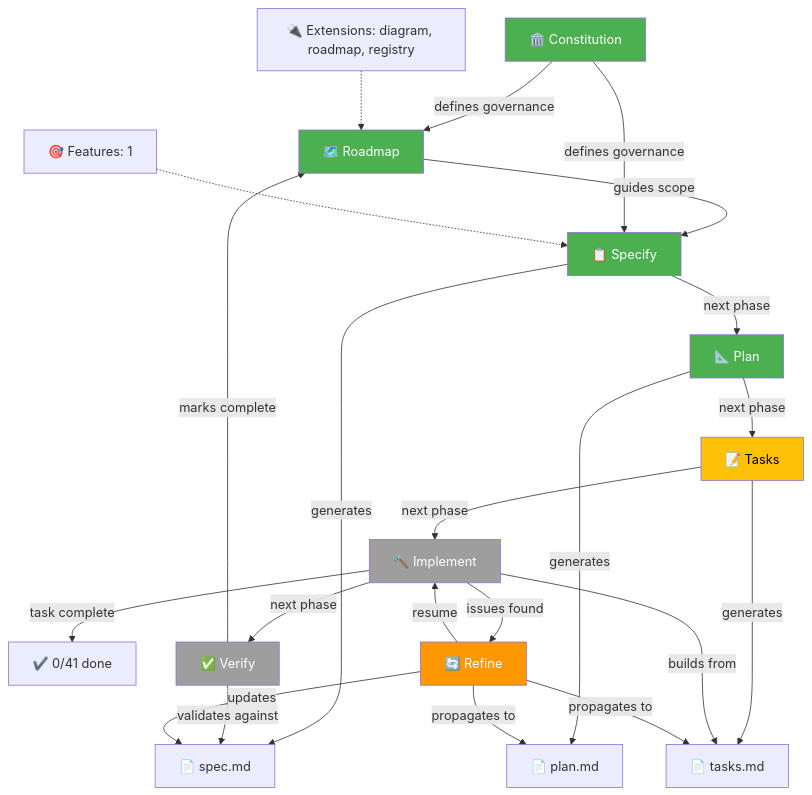
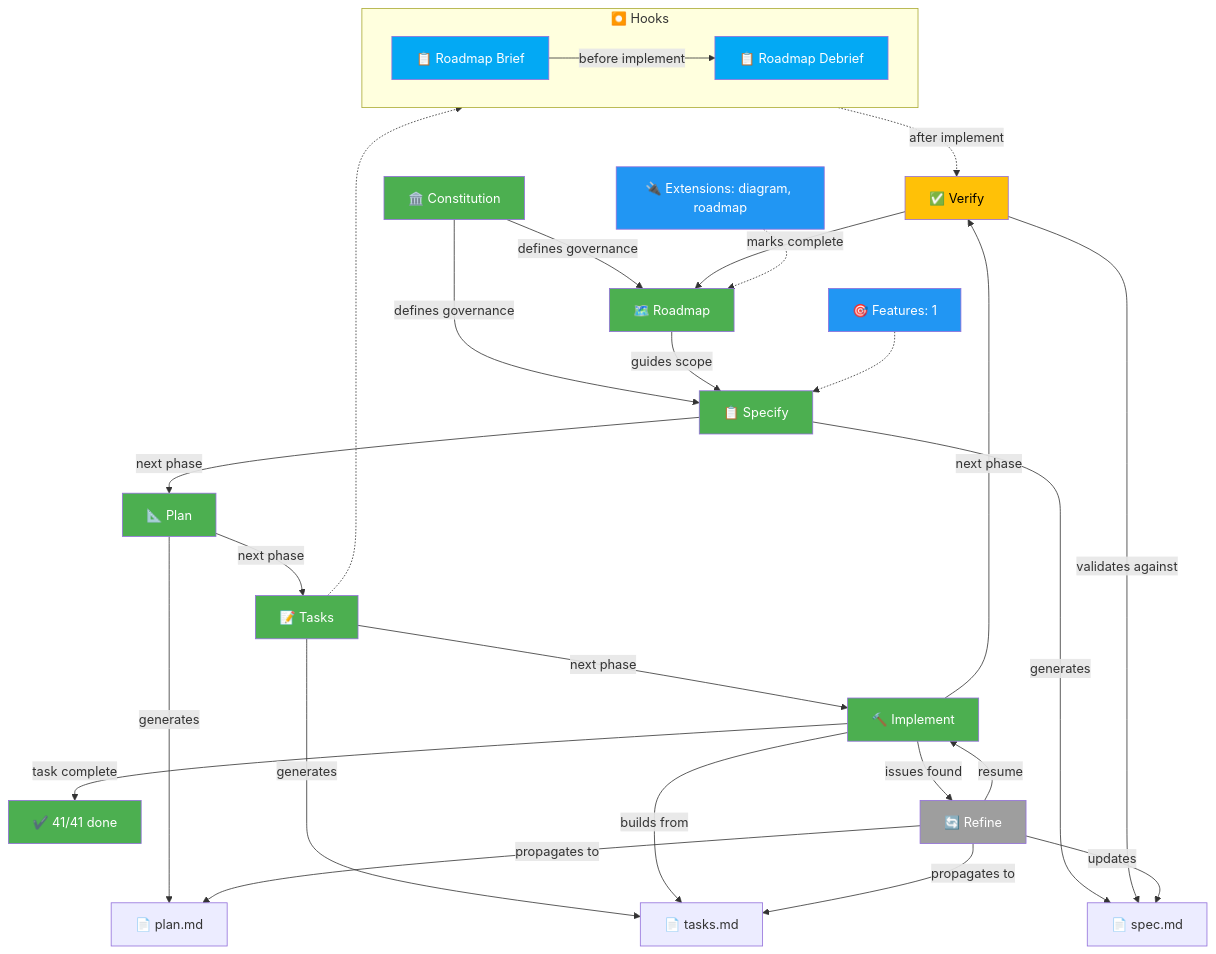
Before and after one commit to CIFO-CTRD0040-Eines-IA-Prog-2026/SideProjectAIdvisor: the first of 3 diagrams in README.md, drawn with Mermaid. The commit also changed other lines of this file, not shown here.

Commit message:
docs: update SDD workflow diagram and feature status gantt with real project progress

````diff
--- a/README.md
+++ b/README.md
@@ -121,35 +121,48 @@
 ```mermaid
 flowchart TD
-    R["🗺️ Roadmap"] -->|guides scope| B["📋 Specify"]
-    A["🏛️ Constitution"] -->|defines governance| R
+    A["🏛️ Constitution"] -->|defines governance| R["🗺️ Roadmap"]
     A -->|defines governance| B
+    R -->|guides scope| B["📋 Specify"]
     B -->|generates| B1["📄 spec.md"]
     B -->|next phase| C["📐 Plan"]
     C -->|generates| C1["📄 plan.md"]
     C -->|next phase| D["📝 Tasks"]
     D -->|generates| D1["📄 tasks.md"]
     D -->|next phase| E["🔨 Implement"]
+
+    subgraph Hooks["⏺️ Hooks"]
+        direction LR
+        H1["📋 Roadmap Brief"] -->|before implement| H2["📋 Roadmap Debrief"]
+    end
+    D -.-> H1
+    H2 -.->|after implement| F
+
     E -->|builds from| D1
-    E -->|task complete| E1["✔️ 0/41 done"]
+    E -->|task complete| E1["✔️ 41/41 done"]
     E -->|next phase| F["✅ Verify"]
     F -->|validates against| B1
     F -->|marks complete| R
 
     E -->|issues found| G["🔄 Refine"]
     G -->|updates| B1
     G -->|propagates to| C1
     G -->|propagates to| D1
     G -->|resume| E
 
     H["🎯 Features: 1"] -.-> B
-    I["🔌 Extensions: diagram, roadmap, registry"] -.-> R
+    I["🔌 Extensions: diagram, roadmap"] -.-> R
 
     style A fill:#4CAF50,color:#fff
     style R fill:#4CAF50,color:#fff
     style B fill:#4CAF50,color:#fff
     style C fill:#4CAF50,color:#fff
-    style D fill:#FFC107,color:#000
-    style E fill:#9E9E9E,color:#fff
-    style F fill:#9E9E9E,color:#fff
-    style G fill:#FF9800,color:#fff
+    style D fill:#4CAF50,color:#fff
+    style E fill:#4CAF50,color:#fff
+    style E1 fill:#4CAF50,color:#fff
+    style F fill:#FFC107,color:#000
+    style G fill:#9E9E9E,color:#fff
+    style H fill:#2196F3,color:#fff
+    style I fill:#2196F3,color:#fff
+    style H1 fill:#03A9F4,color:#fff
+    style H2 fill:#03A9F4,color:#fff
 ```
````
